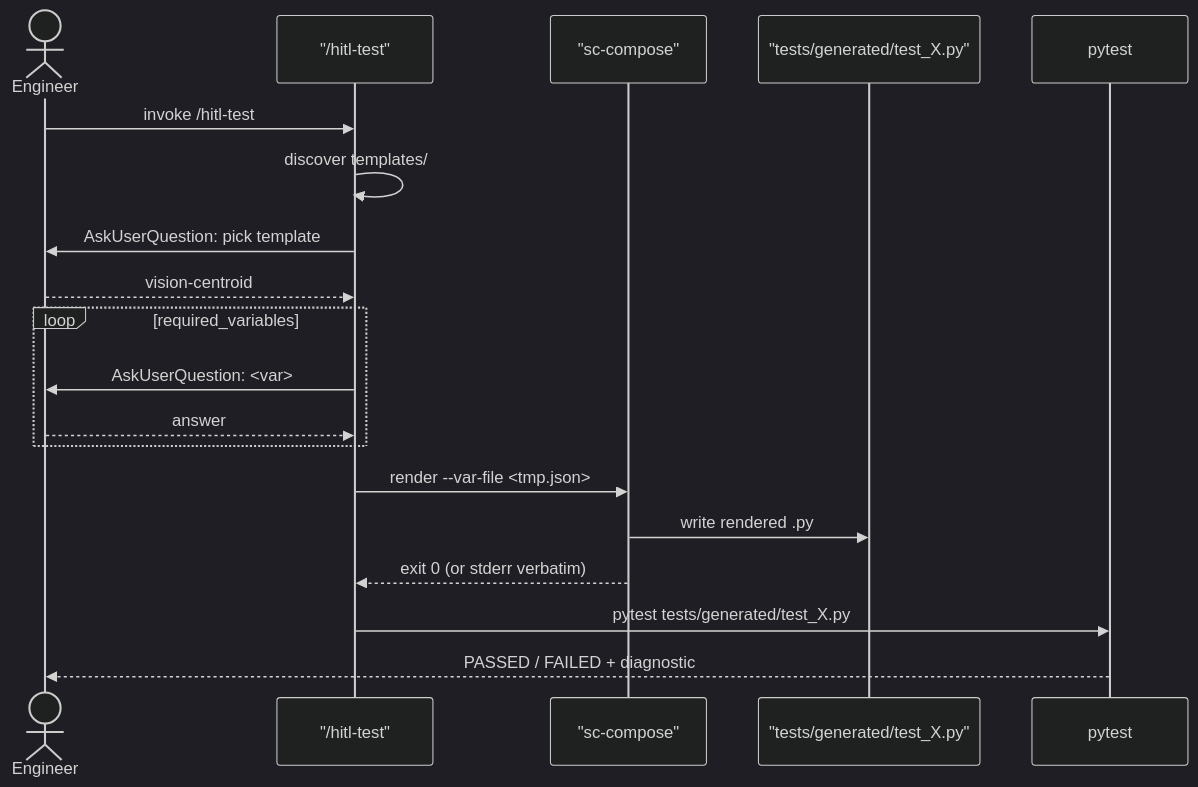
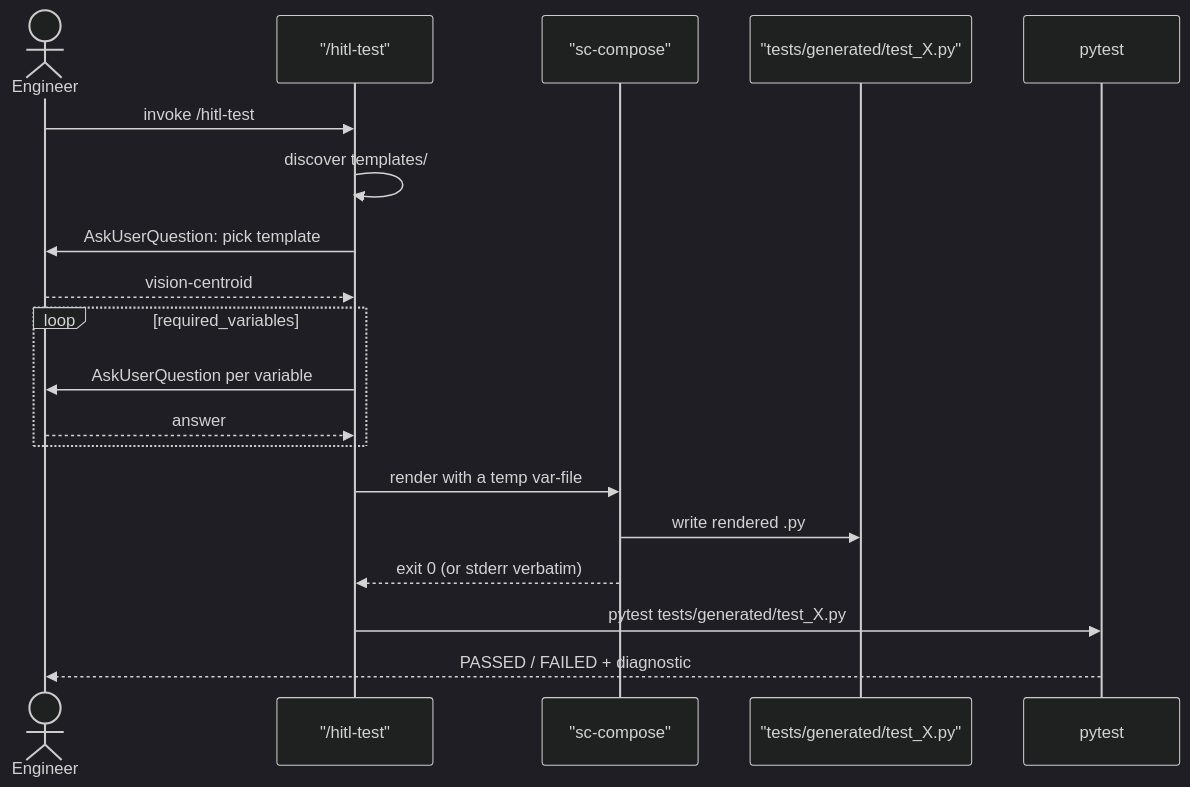
Before and after one commit to BunnyDAO/HITL: the third of 4 diagrams in docs/sop.md, drawn with Mermaid (dark theme). The commit also changed other lines of this file, not shown here.

Commit message:
docs: fix mermaid parse error in SOP sequence diagrams
GitHub's mermaid renderer treats raw <...> as markup, corrupting
the token stream so the parser fails several lines later (the
reported error cited 'open a PR' but the real cause was
<name>/<var> upstream).

- Data flow — /hitl-author: 'templates/<name>.py.j2' ->
  'templates/NAME.py.j2'; 'AskUserQuestion: <var>' ->
  'AskUserQuestion per variable'.
- Data flow — /hitl-test: same <var> fix; 'render --var-file
  <tmp.json>' -> 'render with a temp var-file' (would have
  failed on GitHub too).

graph diagrams already safe (escaped &lt;/&gt; + <br/>).
Swept all mermaid blocks across sop/deck/README: no raw angle
brackets remain. Suite unchanged.

````diff
--- a/docs/sop.md
+++ b/docs/sop.md
@@ -170,22 +170,22 @@
 ```mermaid
 sequenceDiagram
     actor Engineer
     participant Skill as "/hitl-test"
     participant SC as "sc-compose"
     participant FS as "tests/generated/test_X.py"
     participant PT as pytest
 
     Engineer->>Skill: invoke /hitl-test
     Skill->>Skill: discover templates/
     Skill->>Engineer: AskUserQuestion: pick template
     Engineer-->>Skill: vision-centroid
     loop required_variables
-        Skill->>Engineer: AskUserQuestion: <var>
+        Skill->>Engineer: AskUserQuestion per variable
         Engineer-->>Skill: answer
     end
-    Skill->>SC: render --var-file <tmp.json>
+    Skill->>SC: render with a temp var-file
     SC->>FS: write rendered .py
     SC-->>Skill: exit 0 (or stderr verbatim)
     Skill->>PT: pytest tests/generated/test_X.py
     PT-->>Engineer: PASSED / FAILED + diagnostic
 ```
````
